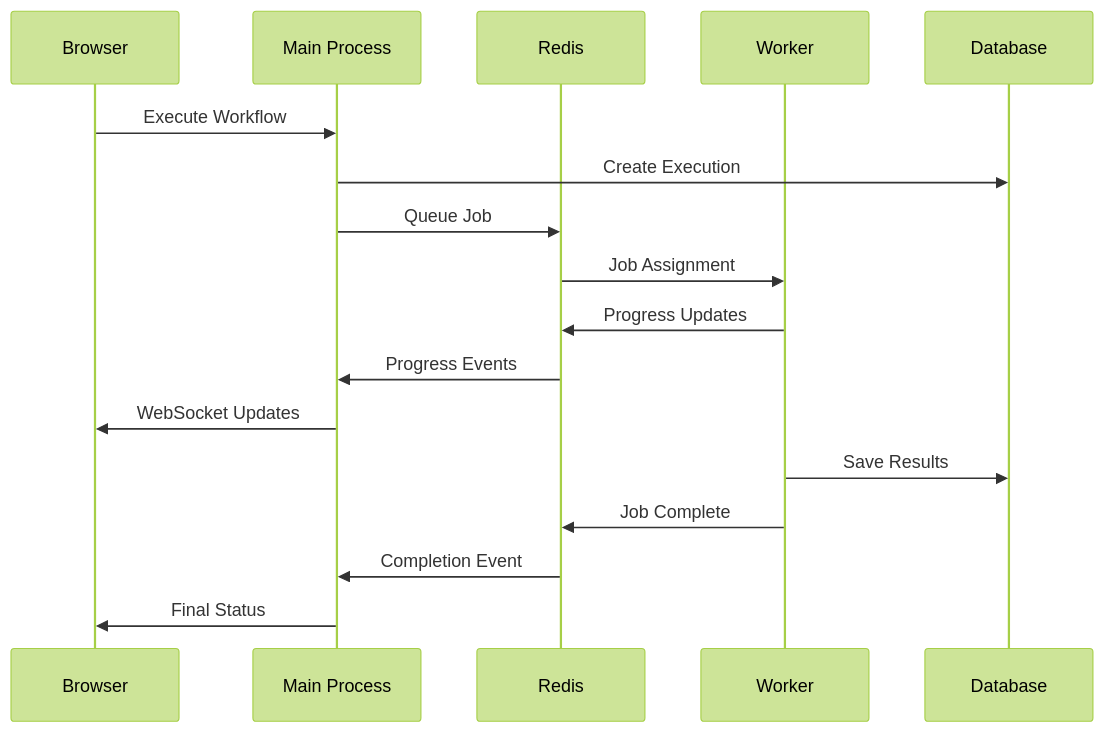
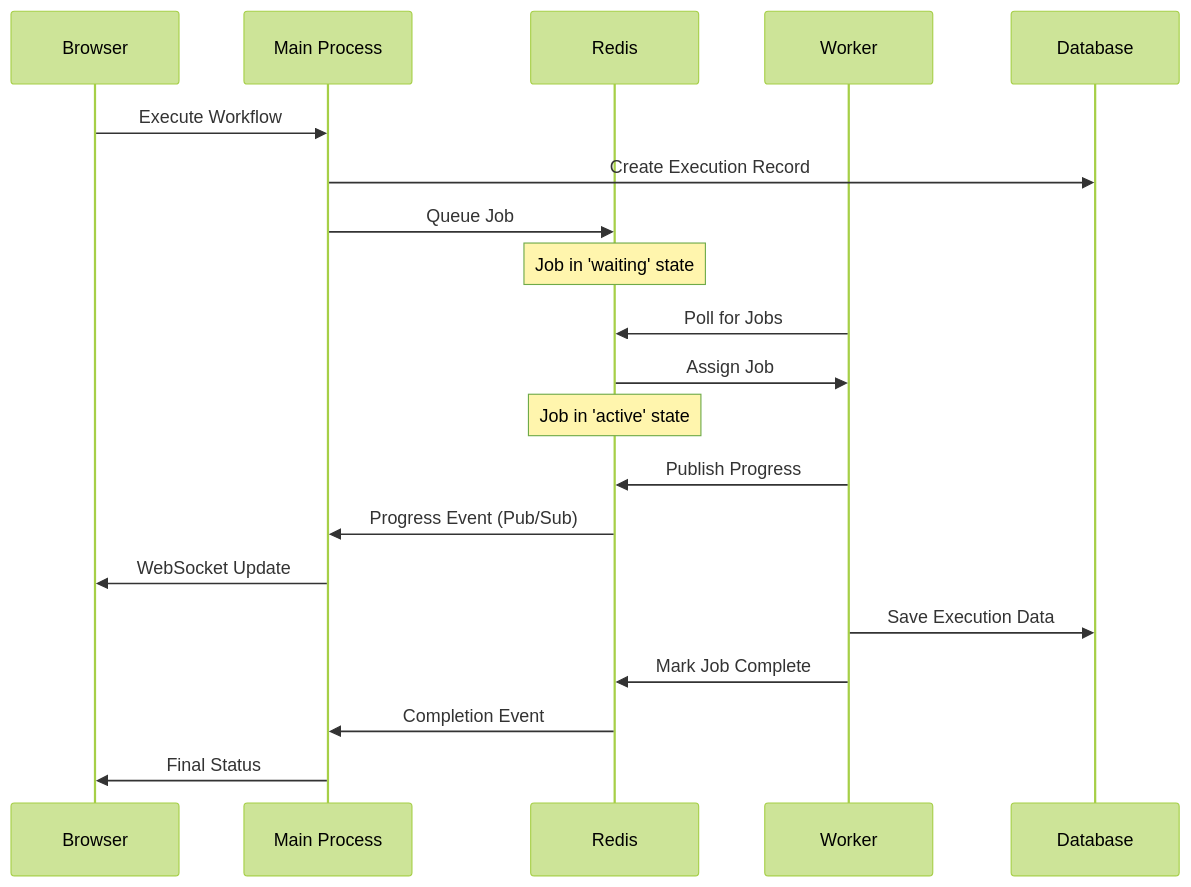
The fourth of 4 diagrams in docs/architecture/execution-modes.md (haroldlucero/n8n), drawn with Mermaid (forest theme) before and after one commit. The commit also changed other lines of this file, not shown here.

Commit message:
docs: iterate on execution modes doc

````diff
--- a/docs/architecture/execution-modes.md
+++ b/docs/architecture/execution-modes.md
@@ -290,20 +366,26 @@
 ```mermaid
 sequenceDiagram
     participant UI as Browser
     participant Main as Main Process
     participant Redis as Redis
     participant Worker as Worker
     participant DB as Database
     
     UI->>Main: Execute Workflow
-    Main->>DB: Create Execution
+    Main->>DB: Create Execution Record
     Main->>Redis: Queue Job
-    Redis->>Worker: Job Assignment
-    Worker->>Redis: Progress Updates
-    Redis->>Main: Progress Events
-    Main->>UI: WebSocket Updates
-    Worker->>DB: Save Results
-    Worker->>Redis: Job Complete
+    Note over Redis: Job in 'waiting' state
+    
+    Worker->>Redis: Poll for Jobs
+    Redis->>Worker: Assign Job
+    Note over Redis: Job in 'active' state
+    
+    Worker->>Redis: Publish Progress
+    Redis->>Main: Progress Event (Pub/Sub)
+    Main->>UI: WebSocket Update
+    
+    Worker->>DB: Save Execution Data
+    Worker->>Redis: Mark Job Complete
     Redis->>Main: Completion Event
     Main->>UI: Final Status
 ```
````
